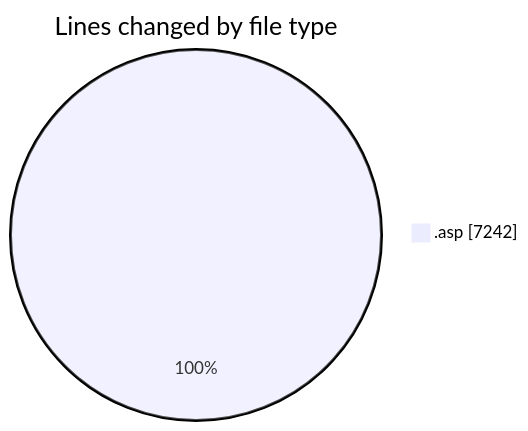
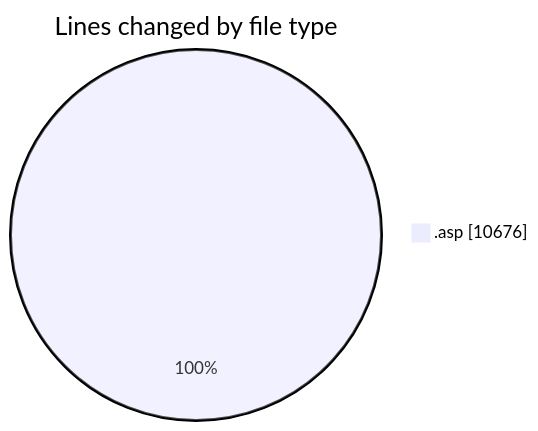
Before and after one commit to julien-gomy/code-tracking: the first of 2 diagrams in 2025-11-18/cdp_aleoudev_fr__workspace_/README.md, drawn with Mermaid. The commit also changed other lines of this file and 1 other file, not shown here.

````diff
--- a/2025-11-18/cdp_aleoudev_fr__workspace_/README.md
+++ b/2025-11-18/cdp_aleoudev_fr__workspace_/README.md
@@ -28,5 +29,5 @@
 ```mermaid
 pie showData
 title Lines changed by file type
-".asp" : 7242
+".asp" : 10676
 ```
````
